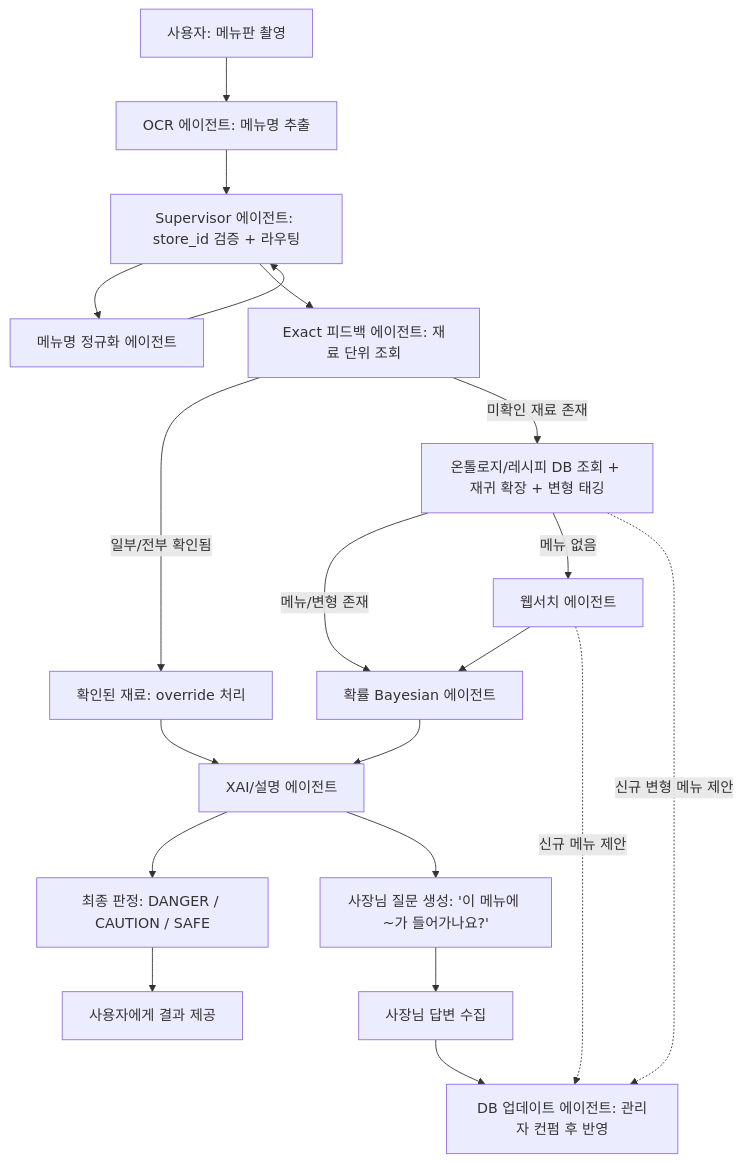
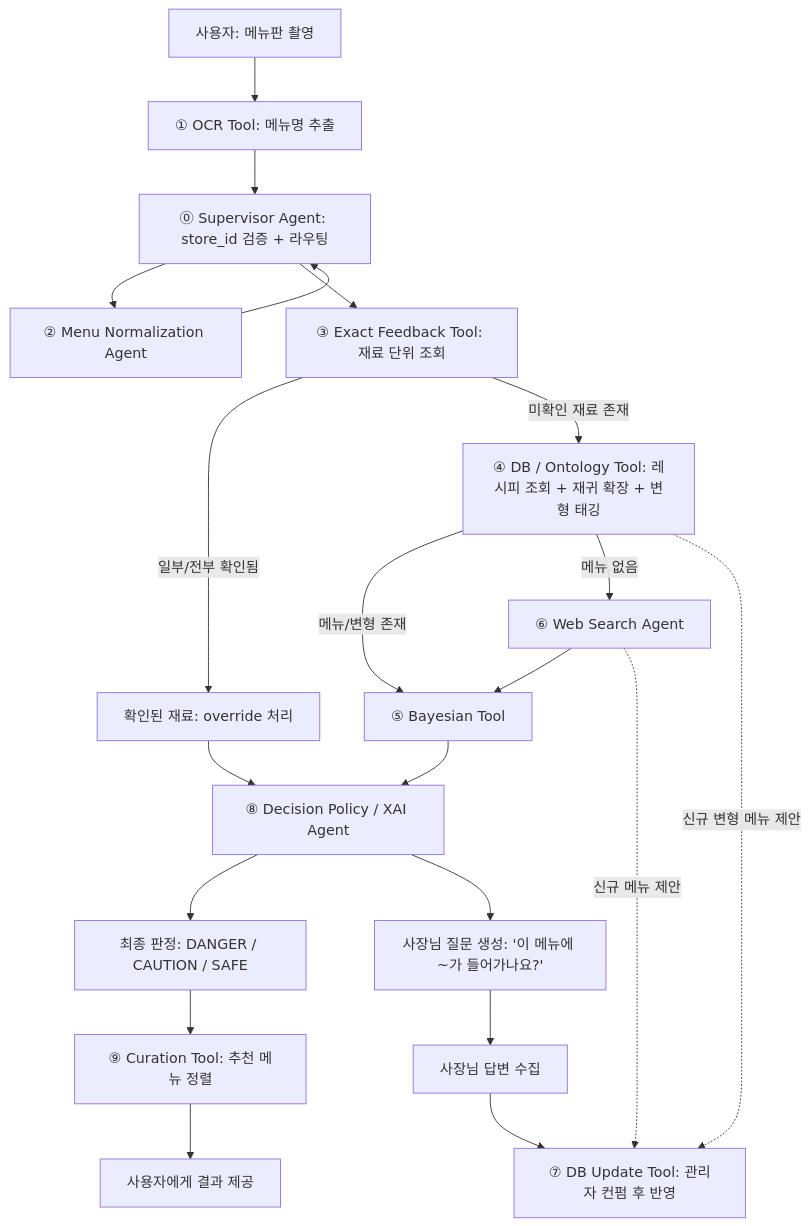
The first of 7 diagrams in docs/catoin-multi-agent-architecture.md (Han-Spoon/ai), drawn with Mermaid before and after one commit. The commit also changed other lines of this file and 13 other files, not shown here.

First line of the commit message:
docs: Agent·Tool 번호와 명칭을 PPT 기준으로 통일

````diff
--- a/docs/catoin-multi-agent-architecture.md
+++ b/docs/catoin-multi-agent-architecture.md
@@ -10,29 +10,30 @@
 ```mermaid
 flowchart TD
-    A[사용자: 메뉴판 촬영] --> B[OCR 에이전트: 메뉴명 추출]
-    B --> D[Supervisor 에이전트: store_id 검증 + 라우팅]
-    D --> C[메뉴명 정규화 에이전트]
+    A[사용자: 메뉴판 촬영] --> B[① OCR Tool: 메뉴명 추출]
+    B --> D[⓪ Supervisor Agent: store_id 검증 + 라우팅]
+    D --> C[② Menu Normalization Agent]
     C --> D
 
-    D --> E[Exact 피드백 에이전트: 재료 단위 조회]
+    D --> E[③ Exact Feedback Tool: 재료 단위 조회]
     E -->|일부/전부 확인됨| F[확인된 재료: override 처리]
-    E -->|미확인 재료 존재| G[온톨로지/레시피 DB 조회 + 재귀 확장 + 변형 태깅]
+    E -->|미확인 재료 존재| G[④ DB / Ontology Tool: 레시피 조회 + 재귀 확장 + 변형 태깅]
 
-    G -->|메뉴/변형 존재| H[확률 Bayesian 에이전트]
-    G -->|메뉴 없음| I[웹서치 에이전트]
+    G -->|메뉴/변형 존재| H[⑤ Bayesian Tool]
+    G -->|메뉴 없음| I[⑥ Web Search Agent]
 
     I --> H
 
-    H --> K[XAI/설명 에이전트]
+    H --> K[⑧ Decision Policy / XAI Agent]
     F --> K
 
     K --> L[최종 판정: DANGER / CAUTION / SAFE]
     K --> M[사장님 질문 생성: '이 메뉴에 ~가 들어가나요?']
     M --> N[사장님 답변 수집]
 
-    L --> O[사용자에게 결과 제공]
+    L --> CUR[⑨ Curation Tool: 추천 메뉴 정렬]
+    CUR --> O[사용자에게 결과 제공]
 
-    G -.신규 변형 메뉴 제안.-> J[DB 업데이트 에이전트: 관리자 컨펌 후 반영]
+    G -.신규 변형 메뉴 제안.-> J[⑦ DB Update Tool: 관리자 컨펌 후 반영]
     I -.신규 메뉴 제안.-> J
     N --> J
 ```
````
